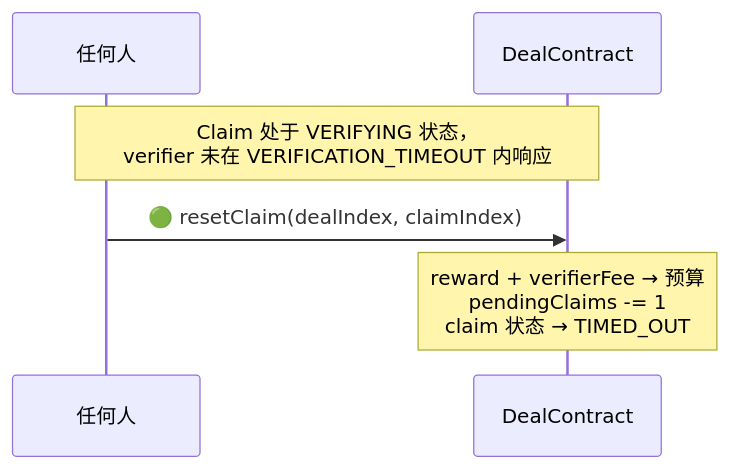
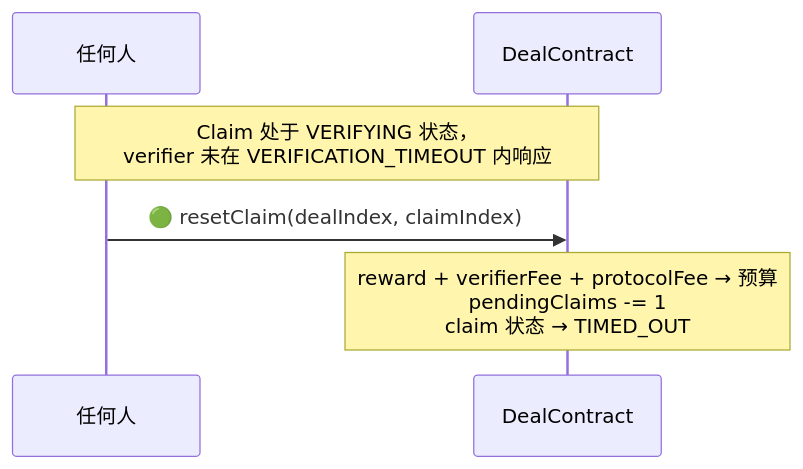
Before and after one commit to synctxai/synctx: the third of 5 diagrams in examples/x-follow/x-follow-design-zh.md, drawn with Mermaid. The commit also changed other lines of this file and 1 other file, not shown here.

First line of the commit message:
docs(x-follow): per-claim protocol fee from budget, no upfront fee at creation

````diff
--- a/examples/x-follow/x-follow-design-zh.md
+++ b/examples/x-follow/x-follow-design-zh.md
@@ -279,9 +283,9 @@
 ```mermaid
 sequenceDiagram
     participant X as 任何人
     participant D as DealContract
 
     Note over X,D: Claim 处于 VERIFYING 状态，<br/>verifier 未在 VERIFICATION_TIMEOUT 内响应
     X->>D: 🟢 resetClaim(dealIndex, claimIndex)
-    Note over D: reward + verifierFee → 预算<br/>pendingClaims -= 1<br/>claim 状态 → TIMED_OUT
+    Note over D: reward + verifierFee + protocolFee → 预算<br/>pendingClaims -= 1<br/>claim 状态 → TIMED_OUT
 ```
````
